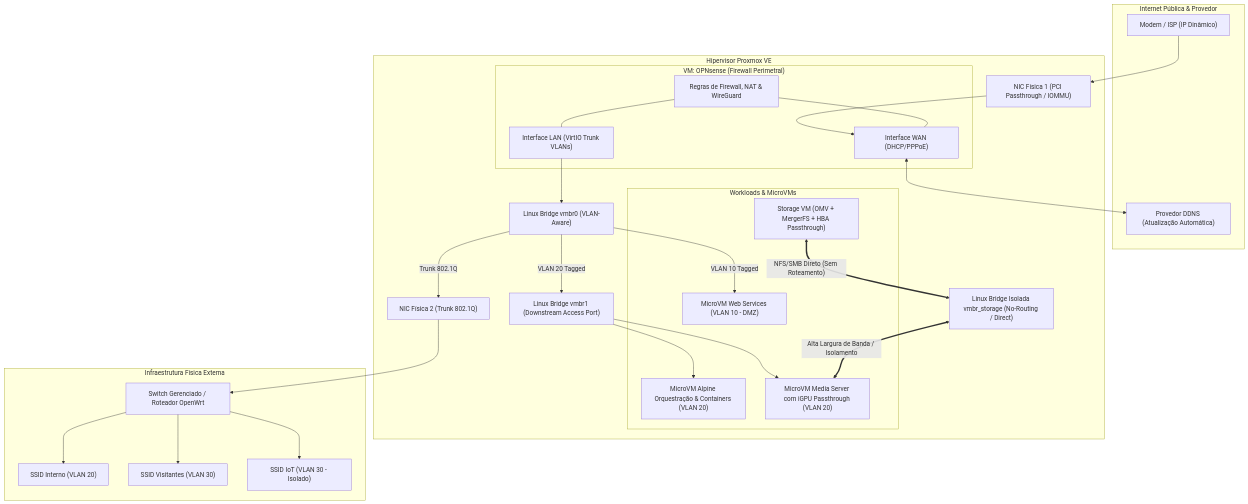
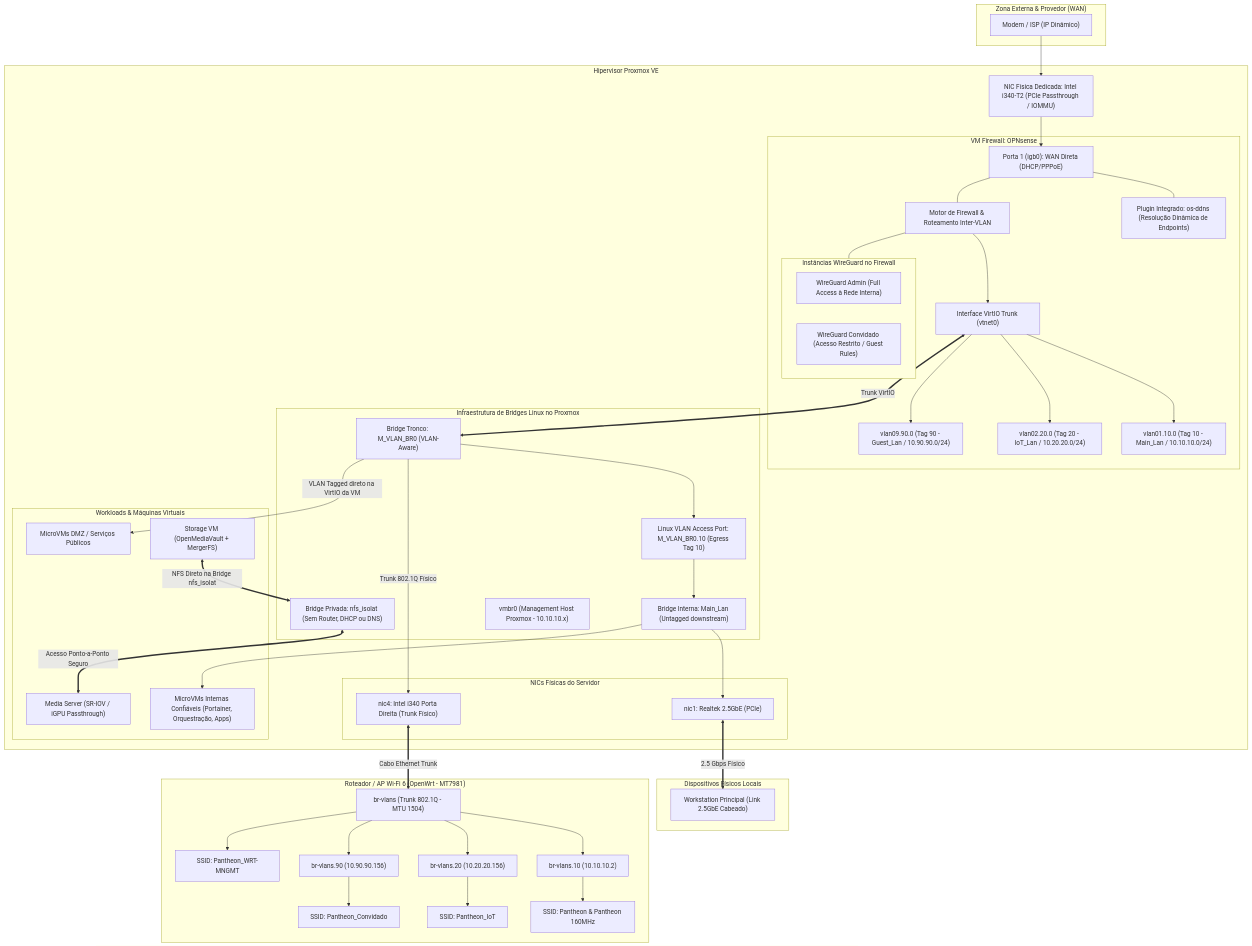
The first of 3 diagrams in architecture/network-topology.md (hermes-pantheon-pb/devops-portfolio), drawn with Mermaid before and after one commit. The commit also changed other lines of this file and 1 other file, not shown here.

Commit message:
docs(network): align topology and diagrams with actual Proxmox bridges, OPNsense VLANs, and OpenWrt AP

````diff
--- a/architecture/network-topology.md
+++ b/architecture/network-topology.md
@@ -9,57 +11,99 @@
 ```mermaid
 graph TB
-    subgraph WAN ["Internet Pública & Provedor"]
+    subgraph WAN_ZONE ["Zona Externa & Provedor (WAN)"]
         ISP["Modem / ISP (IP Dinâmico)"]
-        DDNS["Provedor DDNS (Atualização Automática)"]
     end
 
-    subgraph PROXMOX ["Hipervisor Proxmox VE"]
-        PHY_NIC1["NIC Física 1 (PCI Passthrough / IOMMU)"]
-        PHY_NIC2["NIC Física 2 (Trunk 802.1Q)"]
+    subgraph PROXMOX_HOST ["Hipervisor Proxmox VE"]
+        I340_PASSTHROUGH["NIC Física Dedicada: Intel i340-T2 (PCIe Passthrough / IOMMU)"]
         
-        subgraph VROUTER ["VM: OPNsense (Firewall Perimetral)"]
-            FW_WAN["Interface WAN (DHCP/PPPoE)"]
-            FW_CORE["Regras de Firewall, NAT & WireGuard"]
-            FW_LAN["Interface LAN (VirtIO Trunk VLANs)"]
+        subgraph VM_OPNSENSE ["VM Firewall: OPNsense"]
+            OPN_WAN["Porta 1 (igb0): WAN Direta (DHCP/PPPoE)"]
+            OPN_DDNS["Plugin Integrado: os-ddns (Resolução Dinâmica de Endpoints)"]
+            OPN_CORE["Motor de Firewall & Roteamento Inter-VLAN"]
+            
+            subgraph OPN_WG ["Instâncias WireGuard no Firewall"]
+                WG_ADMIN["WireGuard Admin (Full Access à Rede Interna)"]
+                WG_GUEST["WireGuard Convidado (Acesso Restrito / Guest Rules)"]
+            end
+            
+            OPN_VTNET["Interface VirtIO Trunk (vtnet0)"]
+            OPN_VLAN10["vlan01.10.0 (Tag 10 - Main_Lan / 10.10.10.0/24)"]
+            OPN_VLAN20["vlan02.20.0 (Tag 20 - IoT_Lan / 10.20.20.0/24)"]
+            OPN_VLAN90["vlan09.90.0 (Tag 90 - Guest_Lan / 10.90.90.0/24)"]
         end
 
-        VMBR0["Linux Bridge vmbr0 (VLAN-Aware)"]
-        VMBR1["Linux Bridge vmbr1 (Downstream Access Port)"]
-        VMBR_STOR["Linux Bridge Isolada vmbr_storage (No-Routing / Direct)"]
+        subgraph BRIDGES ["Infraestrutura de Bridges Linux no Proxmox"]
+            M_VLAN_BR0["Bridge Tronco: M_VLAN_BR0 (VLAN-Aware)"]
+            ACCESS_PORT["Linux VLAN Access Port: M_VLAN_BR0.10 (Egress Tag 10)"]
+            MAIN_LAN_BR["Bridge Interna: Main_Lan (Untagged downstream)"]
+            NFS_ISOLAT["Bridge Privada: nfs_isolat (Sem Router, DHCP ou DNS)"]
+            VMBR0["vmbr0 (Management Host Proxmox - 10.10.10.x)"]
+        end
 
-        subgraph VMS ["Workloads & MicroVMs"]
-            VM_WEB["MicroVM Web Services (VLAN 10 - DMZ)"]
-            VM_APPS["MicroVM Alpine Orquestração & Containers (VLAN 20)"]
-            VM_MEDIA["MicroVM Media Server com iGPU Passthrough (VLAN 20)"]
-            VM_STORAGE["Storage VM (OMV + MergerFS + HBA Passthrough)"]
+        subgraph HARDWARE_NICS ["NICs Físicas do Servidor"]
+            NIC1_REALTEK["nic1: Realtek 2.5GbE (PCIe)"]
+            NIC4_I340["nic4: Intel i340 Porta Direita (Trunk Físico)"]
+        end
+
+        subgraph PROXMOX_WORKLOADS ["Workloads & Máquinas Virtuais"]
+            VM_TRUSTED["MicroVMs Internas Confiáveis (Portainer, Orquestração, Apps)"]
+            VM_ISOLATED["MicroVMs DMZ / Serviços Públicos"]
+            VM_STORAGE["Storage VM (OpenMediaVault + MergerFS)"]
+            VM_MEDIA["Media Server (SR-IOV / iGPU Passthrough)"]
         end
     end
 
-    subgraph SOHO ["Infraestrutura Física Externa"]
-        MANAGED_SW["Switch Gerenciado / Roteador OpenWrt"]
-        WIFI_CORP["SSID Interno (VLAN 20)"]
-        WIFI_GUEST["SSID Visitantes (VLAN 30)"]
-        WIFI_IOT["SSID IoT (VLAN 30 - Isolado)"]
+    subgraph CLIENTS_PHYSICAL ["Dispositivos Físicos Locais"]
+        MAIN_PC["Workstation Principal (Link 2.5GbE Cabeado)"]
     end
 
-    ISP --> PHY_NIC1
-    PHY_NIC1 --> FW_WAN
-    FW_WAN <--> DDNS
-    FW_CORE --- FW_WAN
-    FW_CORE --- FW_LAN
-    FW_LAN --> VMBR0
+    subgraph OPENWRT_DEVICE ["Roteador / AP Wi-Fi 6 (OpenWrt - MT7981)"]
+        W_TRUNK["br-vlans (Trunk 802.1Q - MTU 1504)"]
+        W_V10["br-vlans.10 (10.10.10.2)"]
+        W_V20["br-vlans.20 (10.20.20.156)"]
+        W_V90["br-vlans.90 (10.90.90.156)"]
+        
+        SSID_MAIN["SSID: Pantheon & Pantheon 160MHz"]
+        SSID_IOT["SSID: Pantheon_IoT"]
+        SSID_GUEST["SSID: Pantheon_Convidado"]
+        SSID_MNGMT["SSID: Pantheon_WRT-MNGMT"]
+    end
 
-    VMBR0 -- "VLAN 10 Tagged" --> VM_WEB
-    VMBR0 -- "VLAN 20 Tagged" --> VMBR1
-    VMBR1 --> VM_APPS
-    VMBR1 --> VM_MEDIA
-    
-    VMBR0 -- "Trunk 802.1Q" --> PHY_NIC2
-    PHY_NIC2 --> MANAGED_SW
-    MANAGED_SW --> WIFI_CORP
-    MANAGED_SW --> WIFI_GUEST
-    MANAGED_SW --> WIFI_IOT
+    %% Conexões WAN
+    ISP --> I340_PASSTHROUGH
+    I340_PASSTHROUGH --> OPN_WAN
+    OPN_WAN --- OPN_DDNS
+    OPN_WAN --- OPN_CORE
+    OPN_CORE --- OPN_WG
 
-    VM_STORAGE <== "NFS/SMB Direto (Sem Roteamento)" ==> VMBR_STOR
-    VMBR_STOR <== "Alta Largura de Banda / Isolamento" ==> VM_MEDIA
+    %% Conexões VLAN OPNsense
+    OPN_CORE --> OPN_VTNET
+    OPN_VTNET --> OPN_VLAN10
+    OPN_VTNET --> OPN_VLAN20
+    OPN_VTNET --> OPN_VLAN90
+    OPN_VTNET <== "Trunk VirtIO" ==> M_VLAN_BR0
+
+    %% Bridges e Portas no Proxmox
+    M_VLAN_BR0 --> ACCESS_PORT
+    ACCESS_PORT --> MAIN_LAN_BR
+    MAIN_LAN_BR --> NIC1_REALTEK
+    NIC1_REALTEK <== "2.5 Gbps Físico" ==> MAIN_PC
+    MAIN_LAN_BR --> VM_TRUSTED
+
+    M_VLAN_BR0 -- "Trunk 802.1Q Físico" --> NIC4_I340
+    NIC4_I340 <== "Cabo Ethernet Trunk" ==> W_TRUNK
+
+    %% Conexão isolada para VMs públicas
+    M_VLAN_BR0 -- "VLAN Tagged direto na VirtIO da VM" --> VM_ISOLATED
+
+    %% Armazenamento Isolado
+    VM_STORAGE <== "NFS Direto na Bridge nfs_isolat" ==> NFS_ISOLAT
+    NFS_ISOLAT <== "Acesso Ponto-a-Ponto Seguro" ==> VM_MEDIA
+
+    %% Distribuição OpenWrt
+    W_TRUNK --> W_V10 --> SSID_MAIN
+    W_TRUNK --> W_V20 --> SSID_IOT
+    W_TRUNK --> W_V90 --> SSID_GUEST
+    W_TRUNK --> SSID_MNGMT
 ```
````
